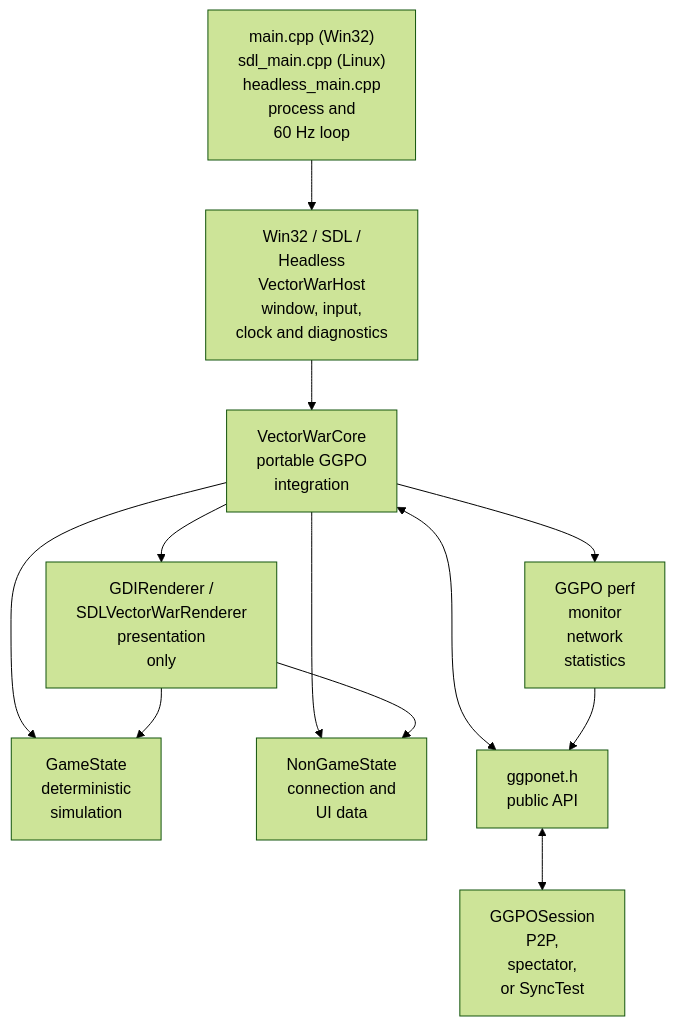
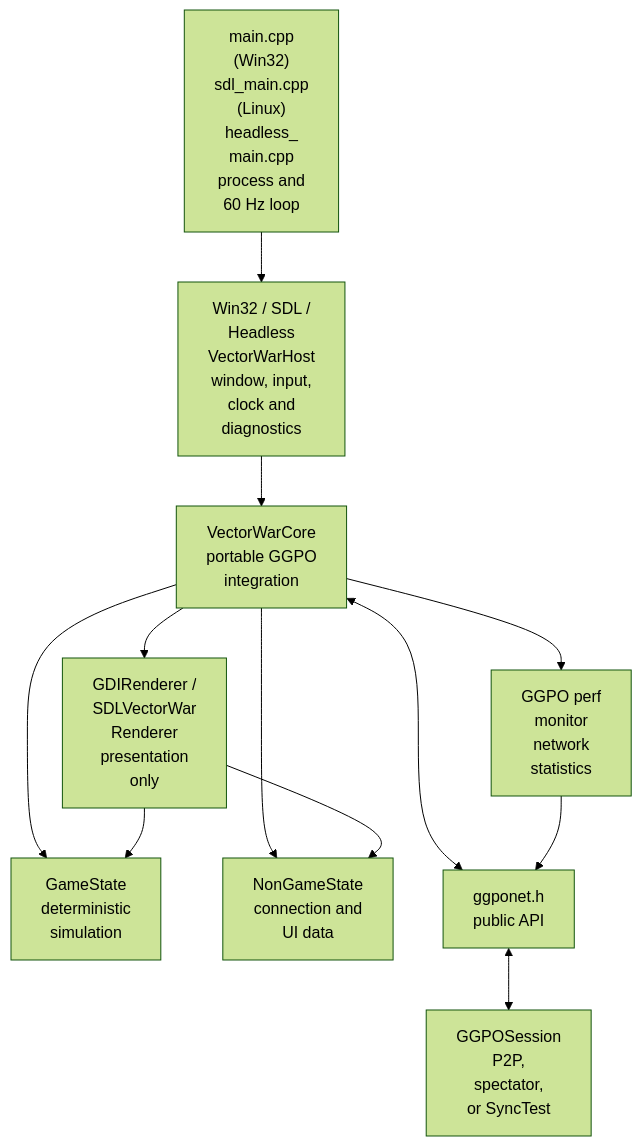
One commit to irregularthanis/ggpo-next changed the first of 8 diagrams in doc/architecture/VectorWar.md. Above: the diagram before and after it, drawn with Mermaid (forest theme). The commit also changed other lines of this file and 3 other files, not shown here.

Commit message:
docs: prevent architecture diagram truncation

````diff
--- a/doc/architecture/VectorWar.md
+++ b/doc/architecture/VectorWar.md
@@ -40,23 +40,23 @@
 ```mermaid
 flowchart TD
-    Main["main.cpp (Win32)<br/>sdl_main.cpp (Linux)<br/>headless_main.cpp<br/>process and<br/>60 Hz loop"]
-    Platform["Win32 / SDL /<br/>Headless<br/>VectorWarHost<br/>window, input,<br/>clock and diagnostics"]
+    Main["main.cpp<br/>(Win32)<br/>sdl_main.cpp<br/>(Linux)<br/>headless_<br/>main.cpp<br/>process and<br/>60 Hz loop"]
+    Platform["Win32 / SDL /<br/>Headless<br/>VectorWarHost<br/>window, input,<br/>clock and<br/>diagnostics"]
     Host["VectorWarCore<br/>portable GGPO<br/>integration"]
     Game["GameState<br/>deterministic<br/>simulation"]
     NonGame["NonGameState<br/>connection and<br/>UI data"]
-    Renderer["GDIRenderer /<br/>SDLVectorWarRenderer<br/>presentation<br/>only"]
+    Renderer["GDIRenderer /<br/>SDLVectorWar<br/>Renderer<br/>presentation<br/>only"]
     Perf["GGPO perf<br/>monitor<br/>network<br/>statistics"]
     API["ggponet.h<br/>public API"]
     Session["GGPOSession<br/>P2P,<br/>spectator,<br/>or SyncTest"]
 
     Main --> Platform --> Host
     Host --> Game
     Host --> NonGame
     Host --> Renderer
     Host --> Perf
     Host <--> API
     API <--> Session
     Renderer --> Game
     Renderer --> NonGame
     Perf --> API
 ```
````
